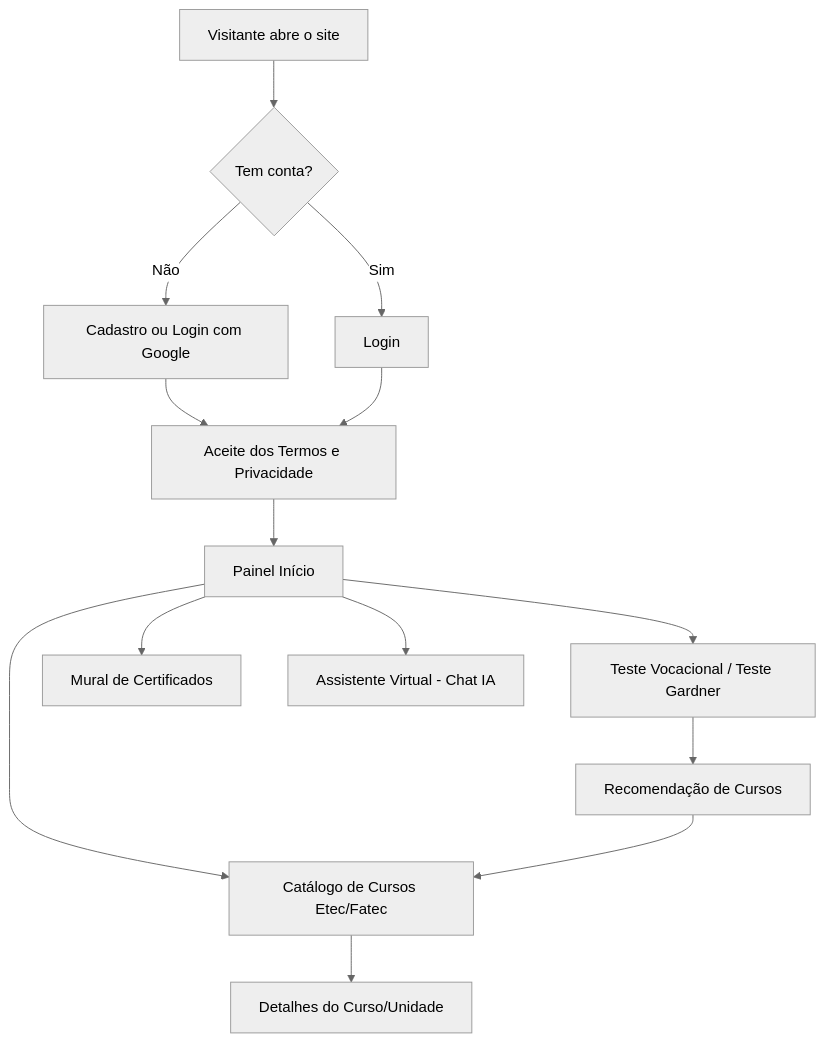
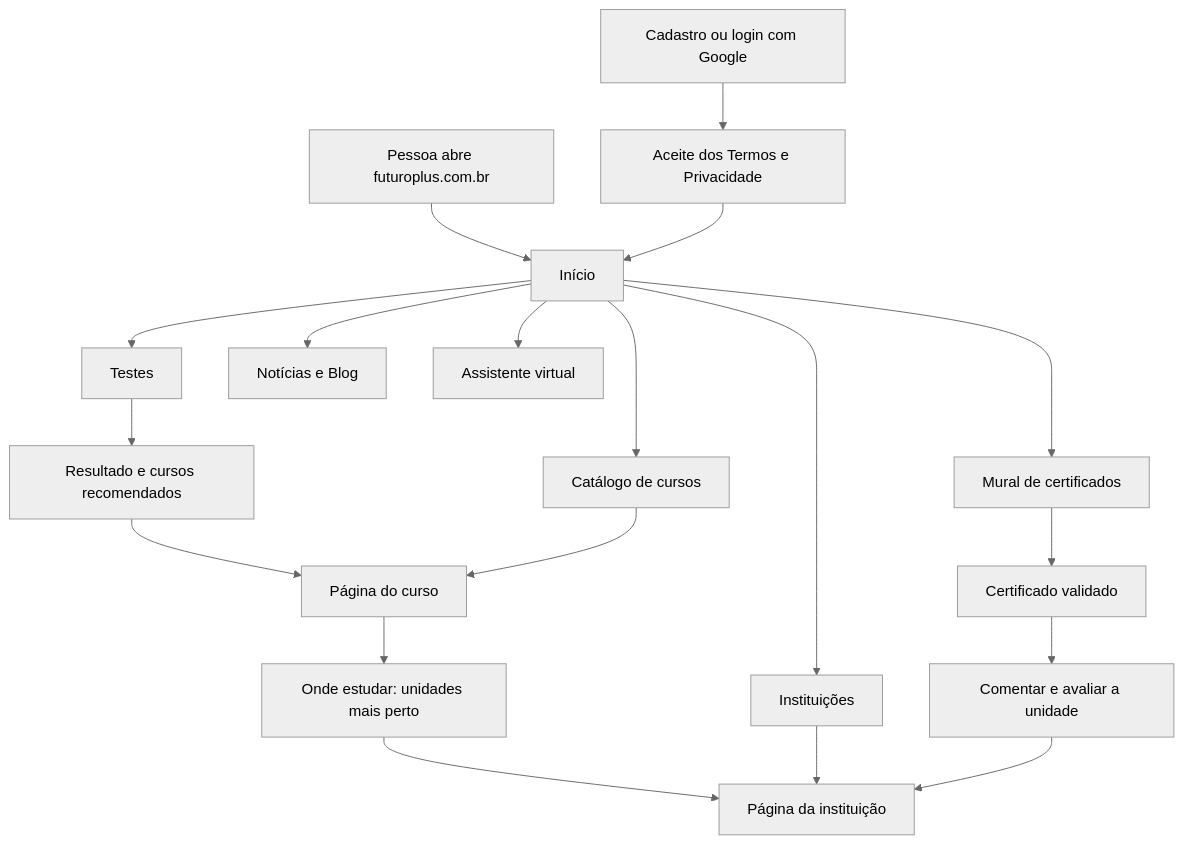
The first of 2 diagrams in README.md (SrEscanor/Futuro-Plus), drawn with Mermaid (neutral theme) before and after one commit. The commit also changed other lines of this file, not shown here.

First line of the commit message:
Atualiza o README com o site futuroplus.com.br, as funcionalidades atuais e como rodar e publicar

````diff
--- a/README.md
+++ b/README.md
@@ -64,16 +231,21 @@
 ```mermaid
 graph TD
-    A[Visitante abre o site] --> B{Tem conta?}
-    B -- Não --> C[Cadastro ou Login com Google]
-    B -- Sim --> D[Login]
-    C --> E[Aceite dos Termos e Privacidade]
-    D --> E
-    E --> F[Painel Início]
-    F --> G[Teste Vocacional / Teste Gardner]
-    G --> H[Recomendação de Cursos]
-    F --> I[Catálogo de Cursos Etec/Fatec]
-    F --> J[Mural de Certificados]
-    F --> K[Assistente Virtual - Chat IA]
-    H --> I
-    I --> L[Detalhes do Curso/Unidade]
+    A[Pessoa abre futuroplus.com.br] --> B[Início]
+    B --> C[Testes]
+    B --> D[Catálogo de cursos]
+    B --> E[Instituições]
+    B --> F[Notícias e Blog]
+    B --> G[Assistente virtual]
+    B --> H[Mural de certificados]
+    C --> I[Resultado e cursos recomendados]
+    I --> J[Página do curso]
+    D --> J
+    J --> K[Onde estudar: unidades mais perto]
+    K --> L[Página da instituição]
+    E --> L
+    H --> M[Certificado validado]
+    M --> N[Comentar e avaliar a unidade]
+    N --> L
+    P[Cadastro ou login com Google] --> Q[Aceite dos Termos e Privacidade]
+    Q --> B
 ```
````
